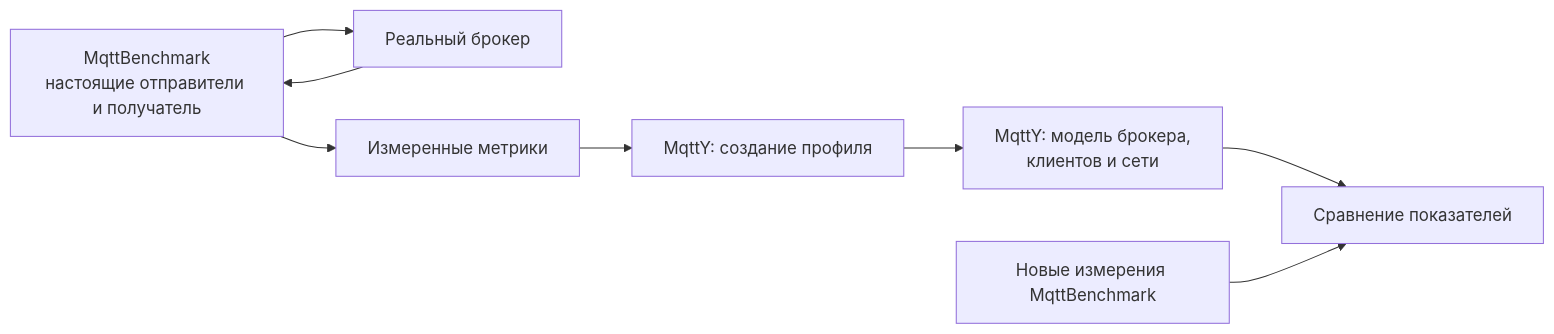
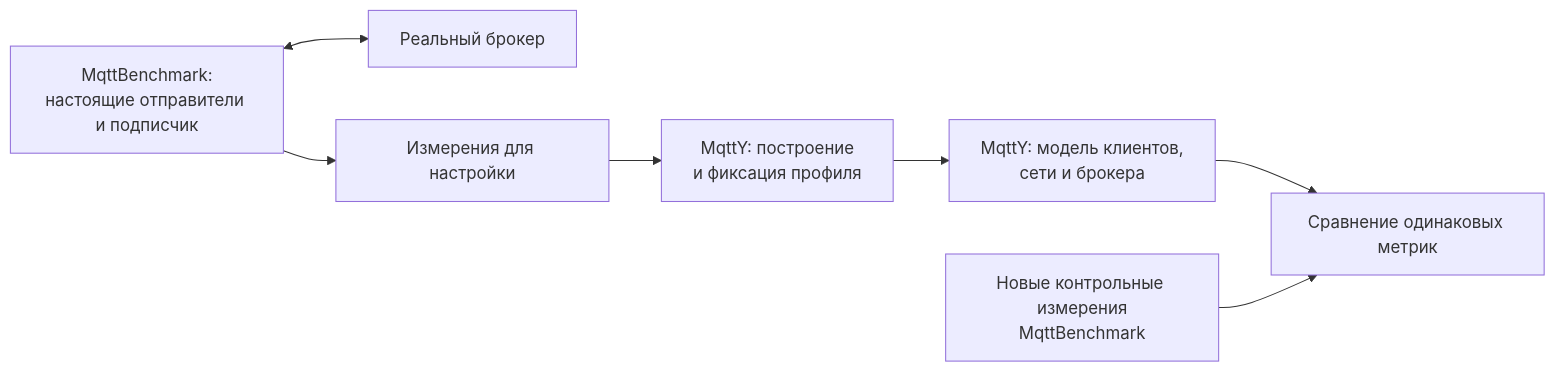
One commit to EntityFX/mqtty-meta changed the diagram in docs/dissertation/articles/article-1-twin-validation.md. Above: the diagram before and after it, drawn with Mermaid. The commit also changed other lines of this file and 33 other files, not shown here.

````diff
--- a/docs/dissertation/articles/article-1-twin-validation.md
+++ b/docs/dissertation/articles/article-1-twin-validation.md
@@ -17,10 +19,9 @@
 ```mermaid
 flowchart LR
-    B["MqttBenchmark<br/>настоящие отправители и получатель"] --> R["Реальный брокер"]
-    R --> B
-    B --> M["Измеренные метрики"]
-    M --> P["MqttY: создание профиля"]
-    P --> Y["MqttY: модель брокера,<br/>клиентов и сети"]
-    Y --> C["Сравнение показателей"]
-    N["Новые измерения MqttBenchmark"] --> C
+    B["MqttBenchmark:<br/>настоящие отправители и подписчик"] <--> R["Реальный брокер"]
+    B --> M["Измерения для настройки"]
+    M --> P["MqttY: построение<br/>и фиксация профиля"]
+    P --> Y["MqttY: модель клиентов,<br/>сети и брокера"]
+    Y --> C["Сравнение одинаковых метрик"]
+    N["Новые контрольные измерения<br/>MqttBenchmark"] --> C
 ```
````
